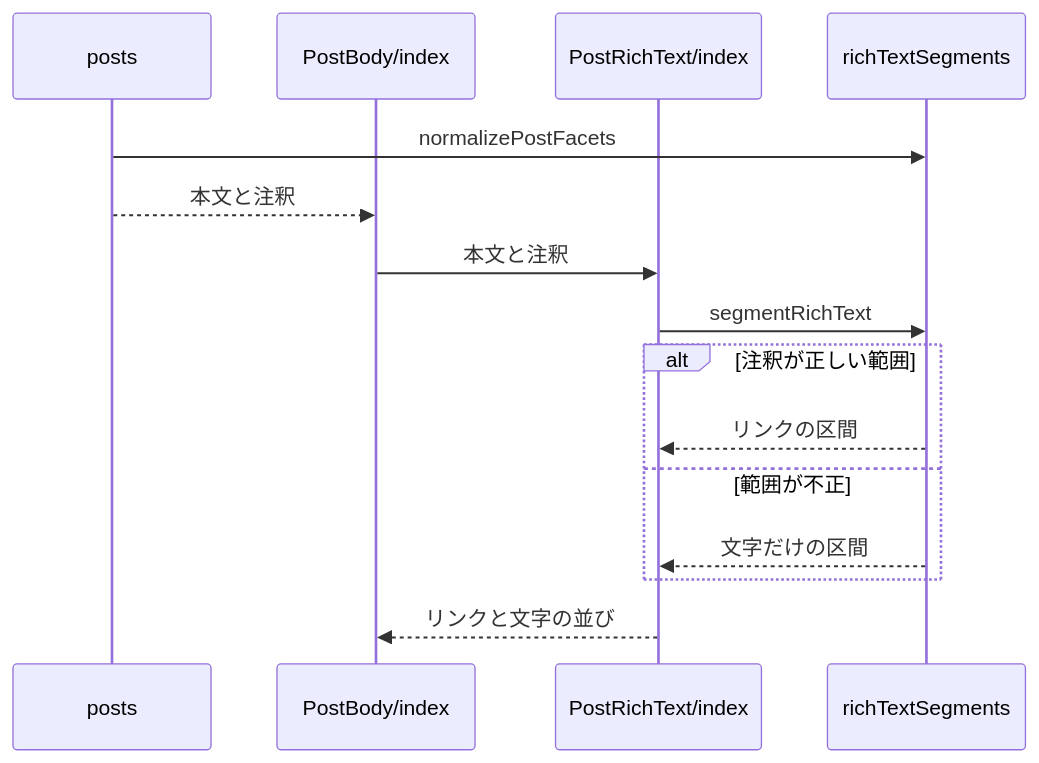
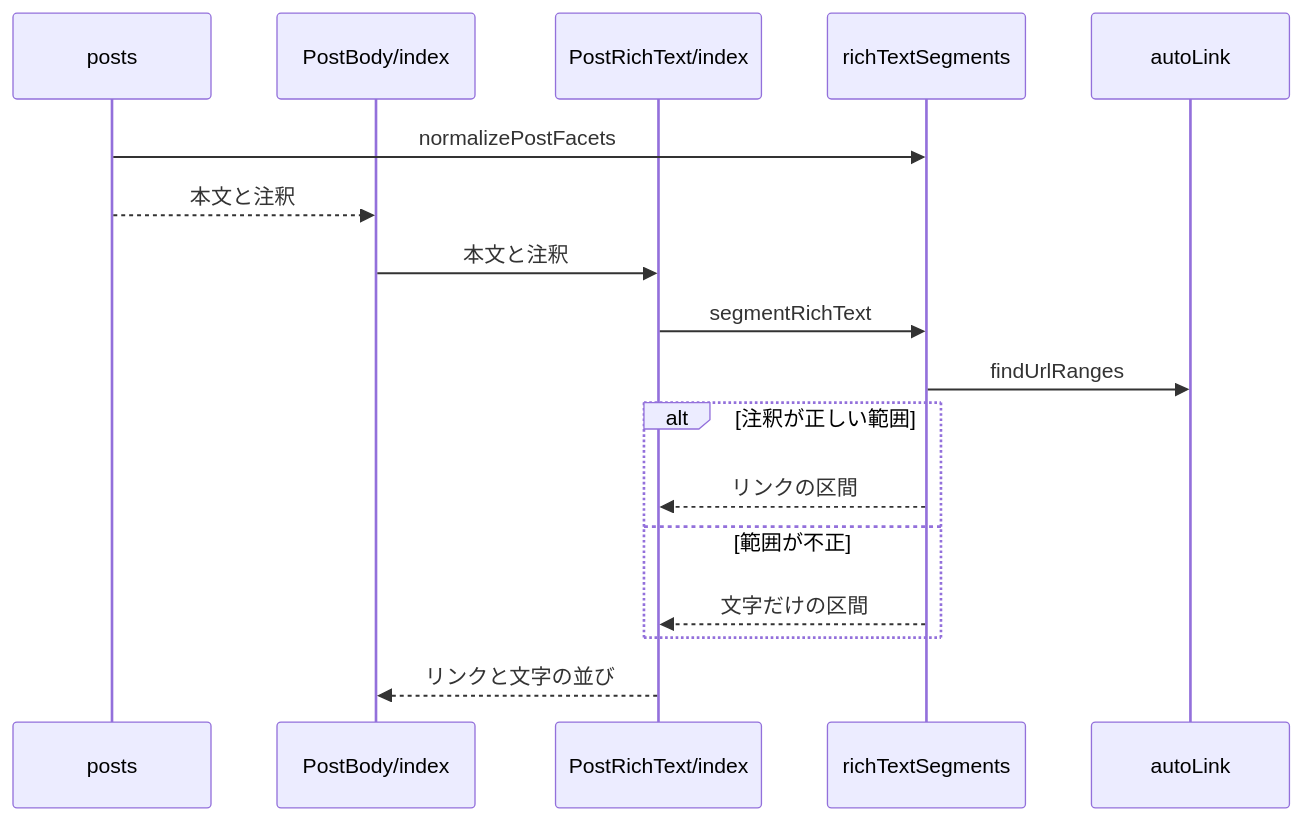
One commit to nekono-dev/skyshare changed the second of 2 diagrams in specs/post-rich-text/design.md. Above: the diagram before and after it, drawn with Mermaid. The commit also changed 5 other files, not shown here.

````diff
--- a/specs/post-rich-text/design.md
+++ b/specs/post-rich-text/design.md
@@ -35,17 +35,19 @@
 ```mermaid
 sequenceDiagram
   participant posts
   participant pbi as PostBody/index
   participant prti as PostRichText/index
   participant richTextSegments
+  participant autoLink
   posts->>richTextSegments: normalizePostFacets
   posts-->>pbi: 本文と注釈
   pbi->>prti: 本文と注釈
   prti->>richTextSegments: segmentRichText
+  richTextSegments->>autoLink: findUrlRanges
   alt 注釈が正しい範囲
     richTextSegments-->>prti: リンクの区間
   else 範囲が不正
     richTextSegments-->>prti: 文字だけの区間
   end
   prti-->>pbi: リンクと文字の並び
 ```
````
